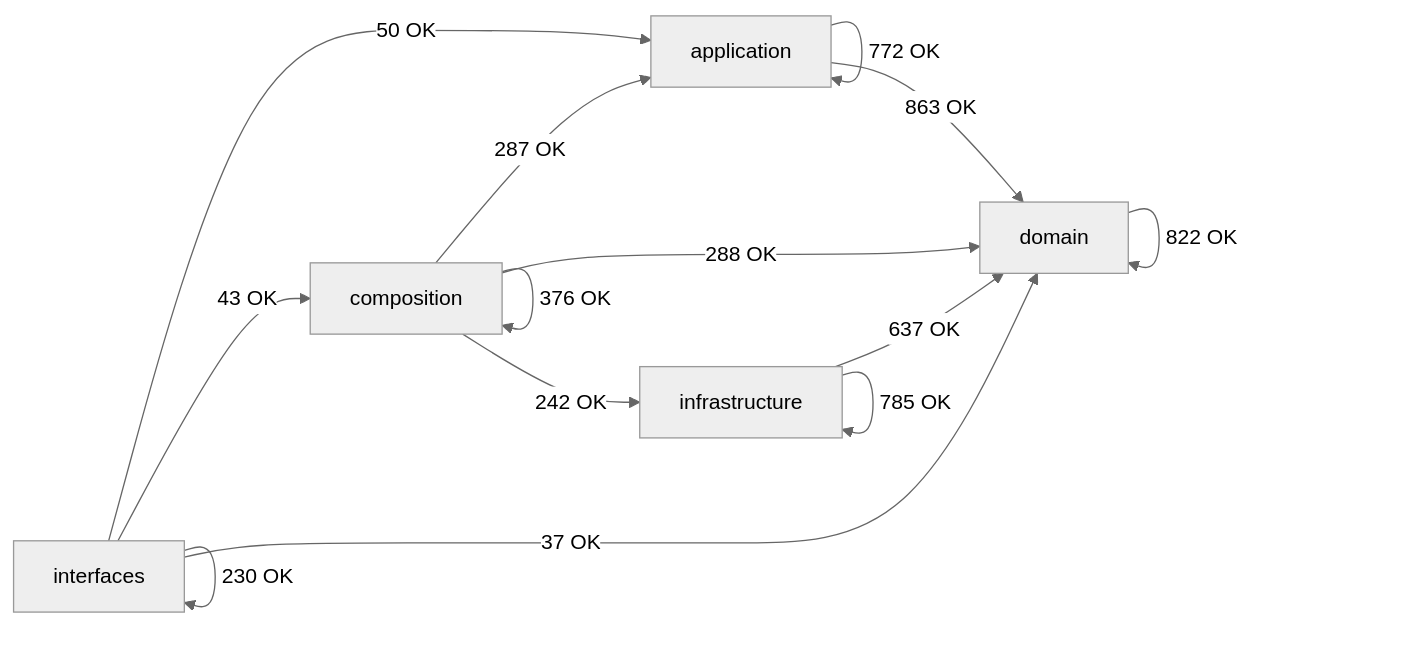
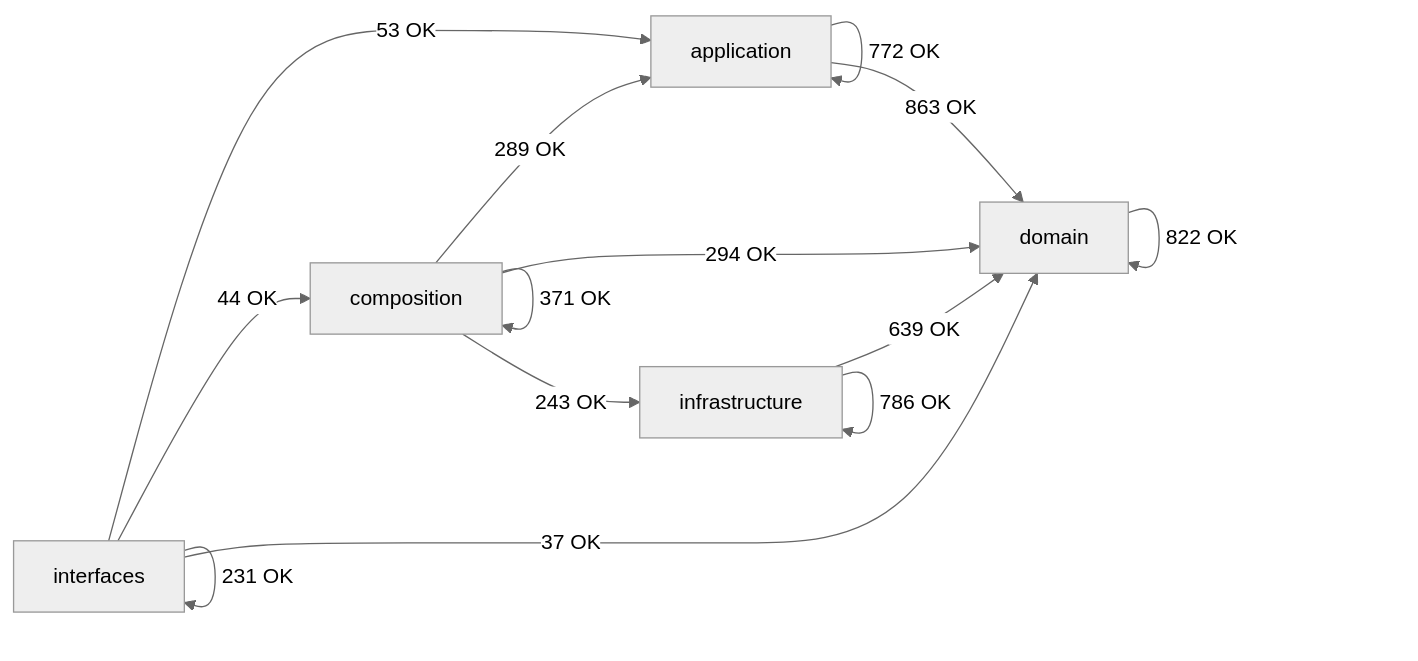
The diagram in docs/02-architecture/generated/module-dependency-map.md (SatoryKono/BioactivityDataAcquisition), drawn with Mermaid (neutral theme) before and after one commit. The commit also changed other lines of this file and 12 other files, not shown here.

````diff
--- a/docs/02-architecture/generated/module-dependency-map.md
+++ b/docs/02-architecture/generated/module-dependency-map.md
@@ -17,21 +17,21 @@
 ```mermaid
 flowchart LR
     domain[domain]
     application[application]
     infrastructure[infrastructure]
     composition[composition]
     interfaces[interfaces]
     application -->|772 OK| application
     application -->|863 OK| domain
-    composition -->|287 OK| application
-    composition -->|376 OK| composition
-    composition -->|288 OK| domain
-    composition -->|242 OK| infrastructure
+    composition -->|289 OK| application
+    composition -->|371 OK| composition
+    composition -->|294 OK| domain
+    composition -->|243 OK| infrastructure
     domain -->|822 OK| domain
-    infrastructure -->|637 OK| domain
-    infrastructure -->|785 OK| infrastructure
-    interfaces -->|50 OK| application
-    interfaces -->|43 OK| composition
+    infrastructure -->|639 OK| domain
+    infrastructure -->|786 OK| infrastructure
+    interfaces -->|53 OK| application
+    interfaces -->|44 OK| composition
     interfaces -->|37 OK| domain
-    interfaces -->|230 OK| interfaces
+    interfaces -->|231 OK| interfaces
 ```
````
